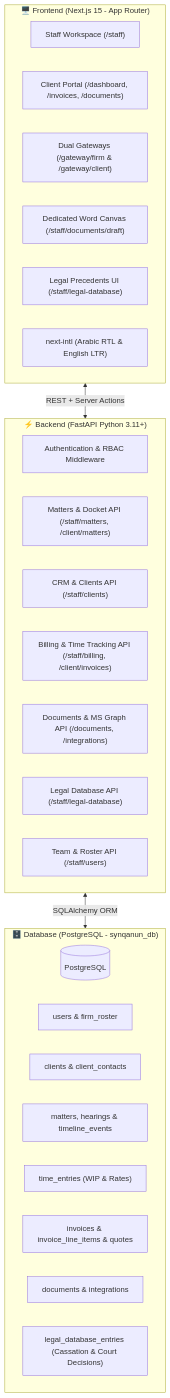
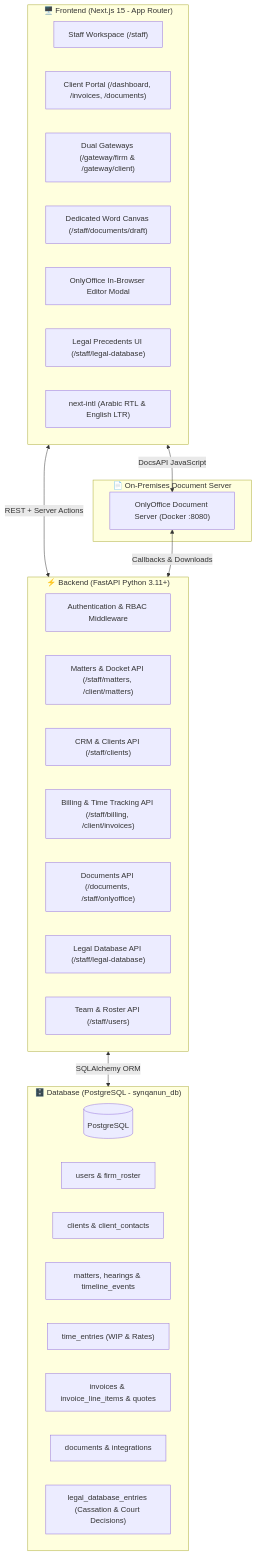
The diagram in README.md (EzzAhmed9/synqanun), drawn with Mermaid before and after one commit. The commit also changed other lines of this file and 15 other files, not shown here.

Commit message:
feat: integrate OnlyOffice Docs on-premises in-browser editor and update README

````diff
--- a/README.md
+++ b/README.md
@@ -12,35 +12,42 @@
 ```mermaid
 flowchart TD
     subgraph ClientLayer["🖥️ Frontend (Next.js 15 - App Router)"]
         StaffApp["Staff Workspace (/staff)"]
         ClientPortal["Client Portal (/dashboard, /invoices, /documents)"]
         AuthGateways["Dual Gateways (/gateway/firm & /gateway/client)"]
         DocCanvas["Dedicated Word Canvas (/staff/documents/draft)"]
+        OnlyOfficeModal["OnlyOffice In-Browser Editor Modal"]
         LegalDBUI["Legal Precedents UI (/staff/legal-database)"]
         I18n["next-intl (Arabic RTL & English LTR)"]
     end
 
     subgraph APILayer["⚡ Backend (FastAPI Python 3.11+)"]
         AuthAPI["Authentication & RBAC Middleware"]
         MattersAPI["Matters & Docket API (/staff/matters, /client/matters)"]
         ClientsAPI["CRM & Clients API (/staff/clients)"]
         BillingAPI["Billing & Time Tracking API (/staff/billing, /client/invoices)"]
-        DocsAPI["Documents & MS Graph API (/documents, /integrations)"]
+        DocsAPI["Documents API (/documents, /staff/onlyoffice)"]
         LegalDBAPI["Legal Database API (/staff/legal-database)"]
         UsersAPI["Team & Roster API (/staff/users)"]
+    end
+
+    subgraph DocServerLayer["📄 On-Premises Document Server"]
+        OOServer["OnlyOffice Document Server (Docker :8080)"]
     end
 
     subgraph DataLayer["🗄️ Database (PostgreSQL - synqanun_db)"]
         DB[(PostgreSQL)]
         T1["users & firm_roster"]
         T2["clients & client_contacts"]
         T3["matters, hearings & timeline_events"]
         T4["time_entries (WIP & Rates)"]
         T5["invoices & invoice_line_items & quotes"]
         T6["documents & integrations"]
         T7["legal_database_entries (Cassation & Court Decisions)"]
     end
 
     ClientLayer <-->|REST + Server Actions| APILayer
+    ClientLayer <-->|DocsAPI JavaScript| OOServer
+    OOServer <-->|Callbacks & Downloads| APILayer
     APILayer <-->|SQLAlchemy ORM| DataLayer
 ```
````
